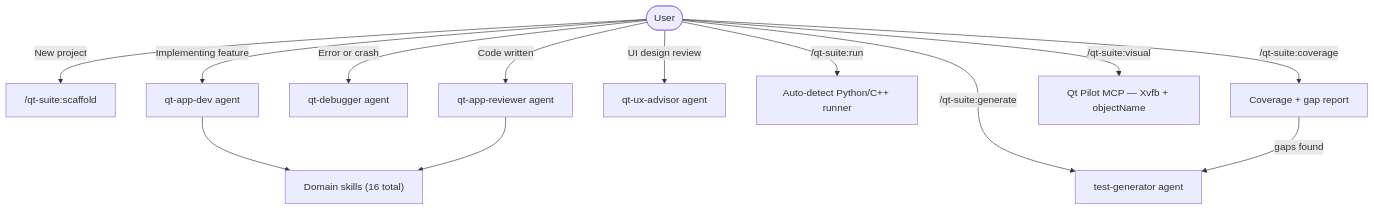
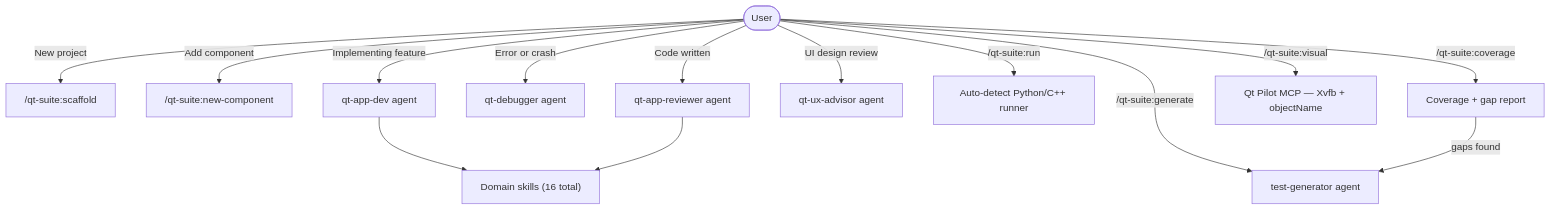
One commit to L3DigitalNet/Claude-Code-Plugins changed the diagram in plugins/qt-suite/README.md. Above: the diagram before and after it, drawn with Mermaid. The commit also changed other lines of this file and 14 other files, not shown here.

````diff
--- a/plugins/qt-suite/README.md
+++ b/plugins/qt-suite/README.md
@@ -54,15 +54,16 @@
 ```mermaid
 flowchart TD
     User([User]) -->|"New project"| Scaffold["/qt-suite:scaffold"]
+    User -->|"Add component"| NewComp["/qt-suite:new-component"]
     User -->|"Implementing feature"| DevAgent["qt-app-dev agent"]
     User -->|"Error or crash"| DebugAgent["qt-debugger agent"]
     User -->|"Code written"| ReviewAgent["qt-app-reviewer agent"]
     User -->|"UI design review"| UXAgent["qt-ux-advisor agent"]
     DevAgent --> Skills["Domain skills (16 total)"]
     ReviewAgent --> Skills
     User -->|"/qt-suite:generate"| Gen["test-generator agent"]
     User -->|"/qt-suite:run"| Run["Auto-detect Python/C++ runner"]
     User -->|"/qt-suite:coverage"| Cov["Coverage + gap report"]
     Cov -->|gaps found| Gen
     User -->|"/qt-suite:visual"| Pilot["Qt Pilot MCP — Xvfb + objectName"]
 ```
````
